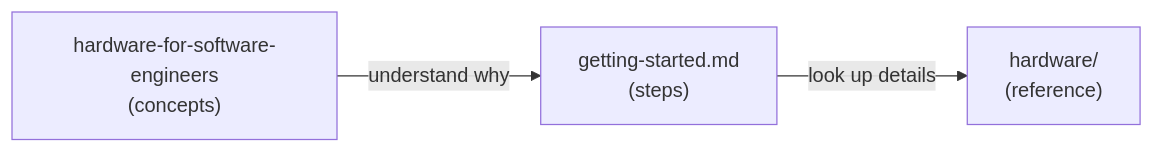
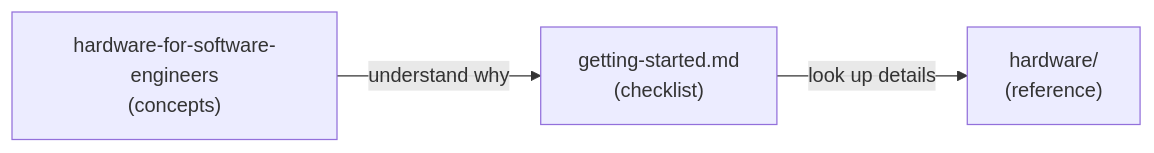
The diagram in docs/hardware-for-software-engineers/README.md (jamro/tiny-engineer), drawn with Mermaid before and after one commit. The commit also changed other lines of this file and 29 other files, not shown here.

````diff
--- a/docs/hardware-for-software-engineers/README.md
+++ b/docs/hardware-for-software-engineers/README.md
@@ -96,9 +96,9 @@
 ```mermaid
 flowchart LR
   primer["hardware-for-software-engineers\n(concepts)"]
-  build["getting-started.md\n(steps)"]
+  build["getting-started.md\n(checklist)"]
   ref["hardware/\n(reference)"]
 
   primer -->|"understand why"| build
   build -->|"look up details"| ref
 ```
````
